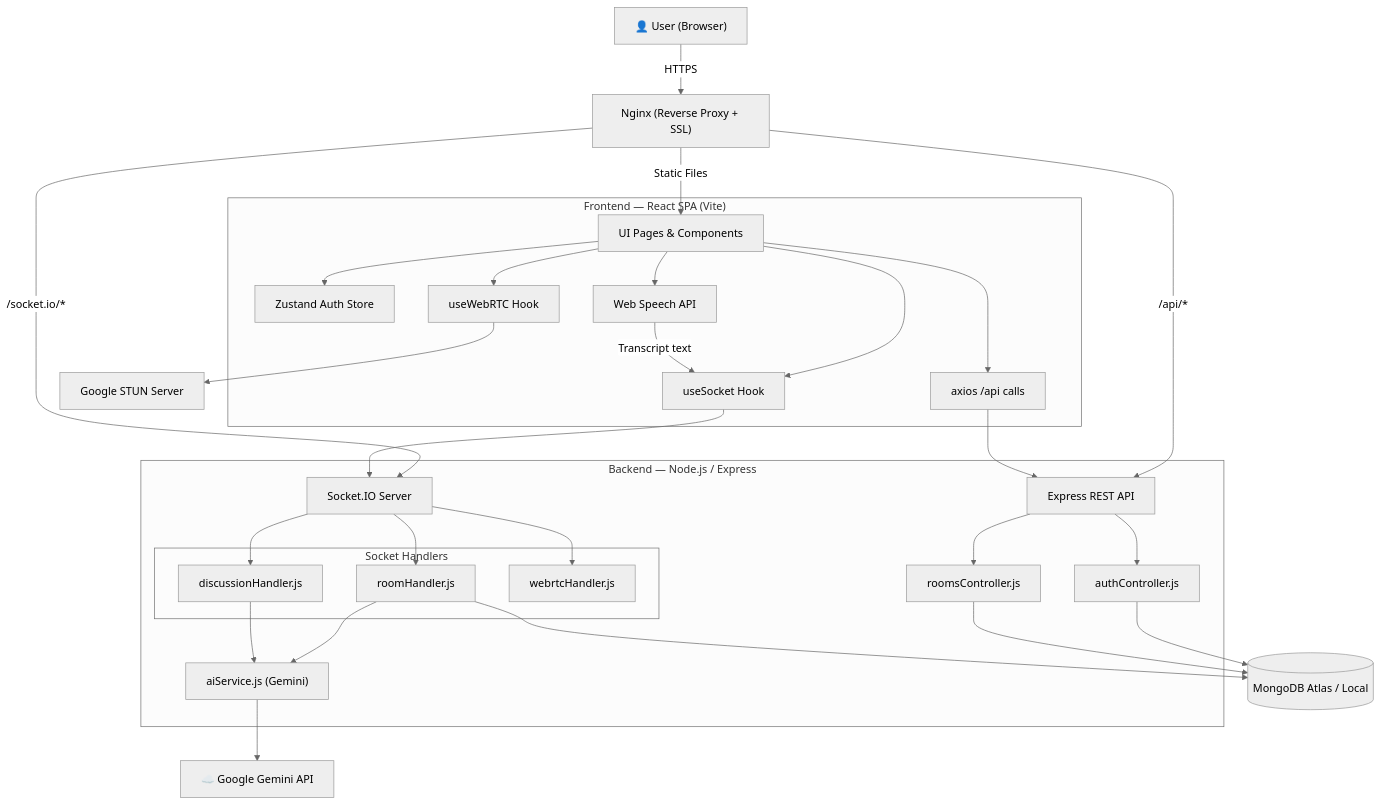
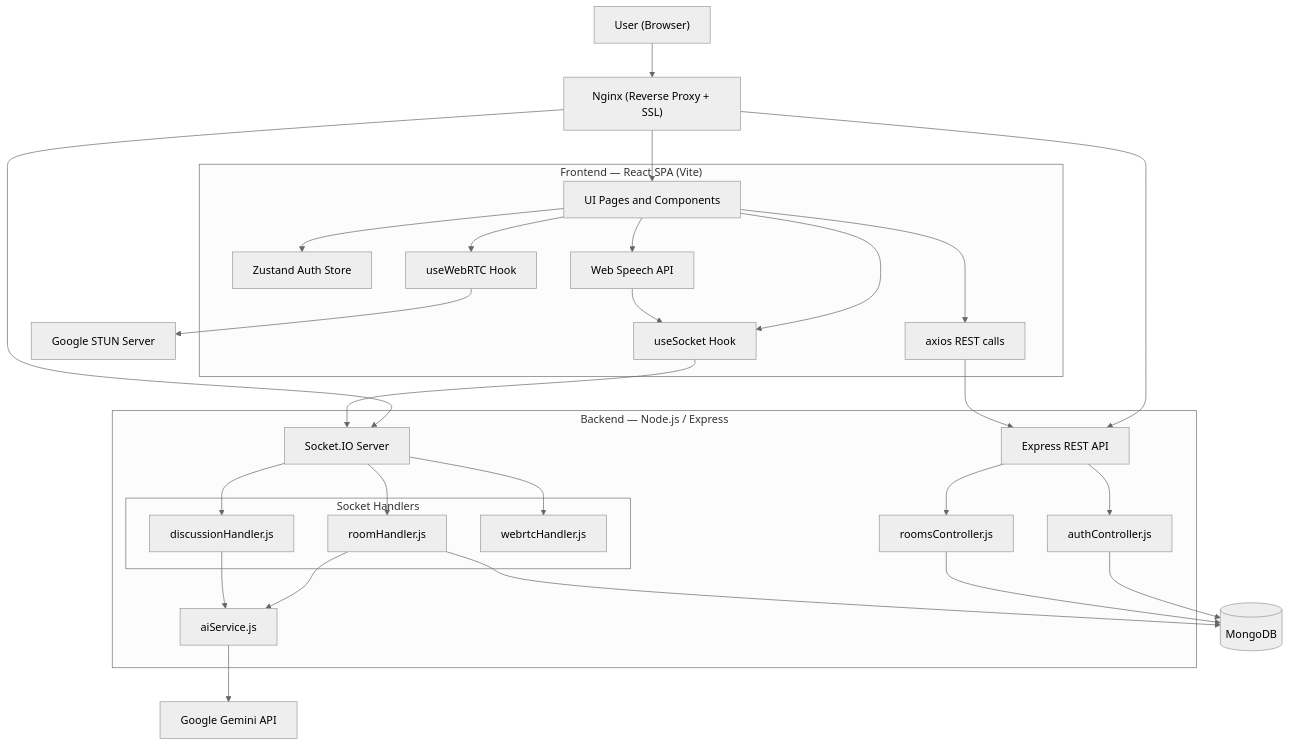
Before and after one commit to JahnviAghera/sp: the first of 14 diagrams in SpeakSpace_Project_Documentation.md, drawn with Mermaid (neutral theme). The commit also changed other lines of this file, not shown here.

Commit message:
docs: overhaul project documentation with improved architecture descriptions, structural refinements, and updated technical diagrams

````diff
--- a/SpeakSpace_Project_Documentation.md
+++ b/SpeakSpace_Project_Documentation.md
@@ -58,48 +68,48 @@
 ```mermaid
 graph TB
-    User["👤 User (Browser)"]
+    User["User (Browser)"]
 
     subgraph Client["Frontend — React SPA (Vite)"]
-        UI["UI Pages & Components"]
-        ZustandStore["Zustand Auth Store"]
+        UI["UI Pages and Components"]
+        Store["Zustand Auth Store"]
         SocketHook["useSocket Hook"]
         WebRTCHook["useWebRTC Hook"]
         SpeechAPI["Web Speech API"]
-        API_Service["axios /api calls"]
+        APIService["axios REST calls"]
     end
 
     subgraph Server["Backend — Node.js / Express"]
         REST["Express REST API"]
         SocketIO["Socket.IO Server"]
         subgraph Handlers["Socket Handlers"]
             RoomH["roomHandler.js"]
             DiscussH["discussionHandler.js"]
             WebRTCH["webrtcHandler.js"]
         end
-        AIService["aiService.js (Gemini)"]
+        AIService["aiService.js"]
         AuthCtrl["authController.js"]
         RoomsCtrl["roomsController.js"]
     end
 
-    MongoDB[("MongoDB Atlas / Local")]
-    Gemini["☁️ Google Gemini API"]
+    MongoDB[("MongoDB")]
+    Gemini["Google Gemini API"]
     Nginx["Nginx (Reverse Proxy + SSL)"]
     STUN["Google STUN Server"]
 
-    User -->|"HTTPS"| Nginx
-    Nginx -->|"/api/*"| REST
-    Nginx -->|"/socket.io/*"| SocketIO
-    Nginx -->|"Static Files"| UI
+    User --> Nginx
+    Nginx --> REST
+    Nginx --> SocketIO
+    Nginx --> UI
 
-    UI --> ZustandStore
+    UI --> Store
     UI --> SocketHook --> SocketIO
     UI --> WebRTCHook --> STUN
     UI --> SpeechAPI
-    SpeechAPI -->|"Transcript text"| SocketHook
-    UI --> API_Service --> REST
+    SpeechAPI --> SocketHook
+    UI --> APIService --> REST
 
     REST --> AuthCtrl & RoomsCtrl
     SocketIO --> RoomH & DiscussH & WebRTCH
     RoomH & DiscussH --> AIService --> Gemini
     AuthCtrl & RoomsCtrl & RoomH --> MongoDB
 ```
````
